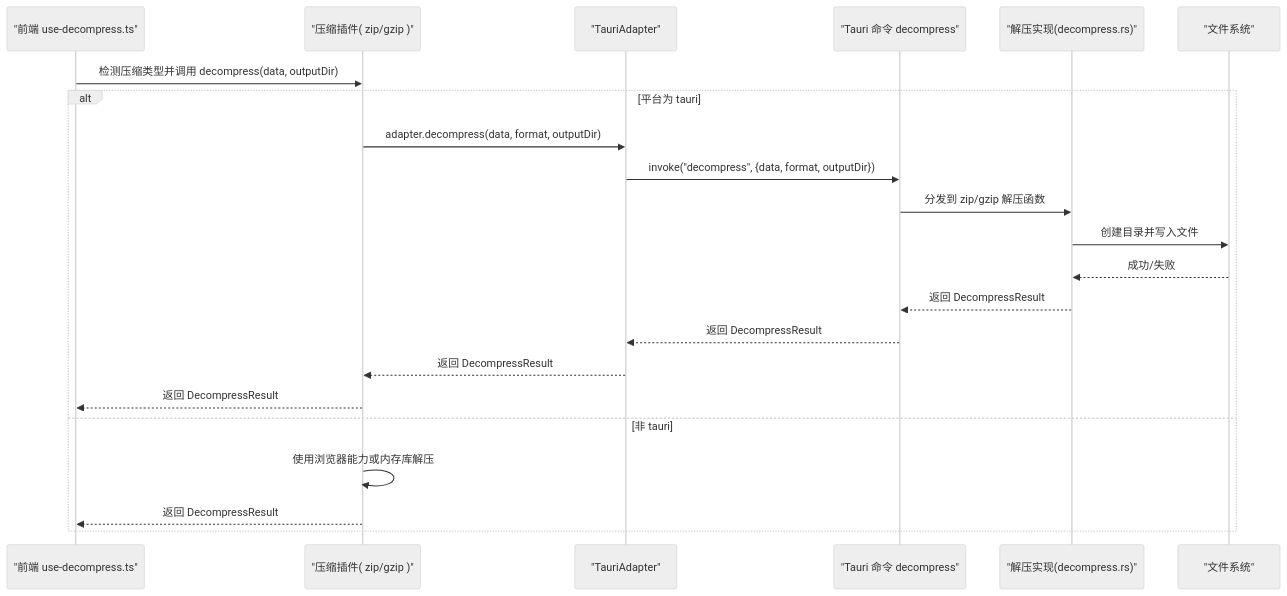
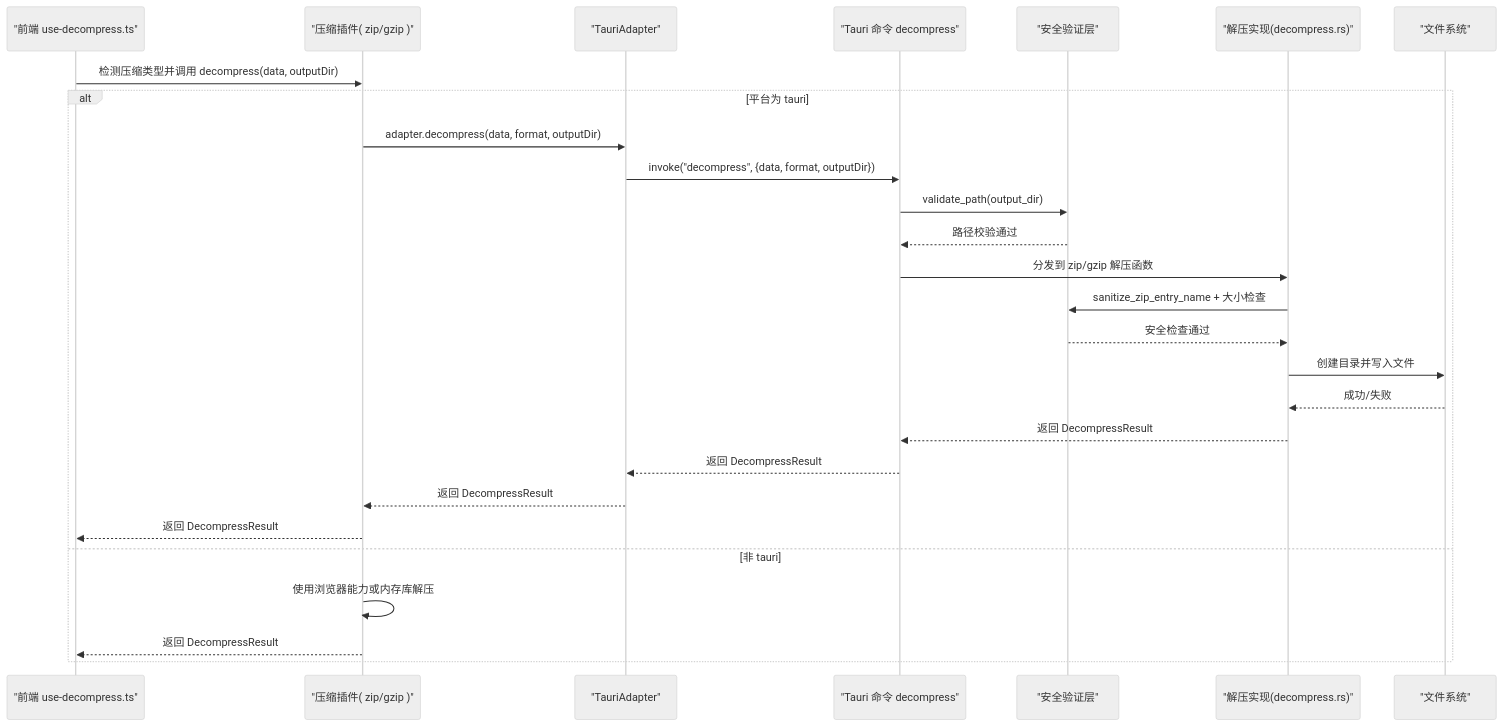
One commit to taoweidong/Hello-Tauri changed the second of 4 diagrams in .qoder/repowiki/zh/content/Tauri 后端/IPC 命令接口/解压处理命令.md. Above: the diagram before and after it, drawn with Mermaid (neutral theme). The commit also changed other lines of this file and 32 other files, not shown here.

````diff
--- a/.qoder/repowiki/zh/content/Tauri 后端/IPC 命令接口/解压处理命令.md
+++ b/.qoder/repowiki/zh/content/Tauri 后端/IPC 命令接口/解压处理命令.md
@@ -90,24 +102,29 @@
 ```mermaid
 sequenceDiagram
 participant FE as "前端 use-decompress.ts"
 participant PL as "压缩插件( zip/gzip )"
 participant AD as "TauriAdapter"
 participant CMD as "Tauri 命令 decompress"
+participant SEC as "安全验证层"
 participant DEC as "解压实现(decompress.rs)"
 participant FS as "文件系统"
 FE->>PL : 检测压缩类型并调用 decompress(data, outputDir)
 alt 平台为 tauri
 PL->>AD : adapter.decompress(data, format, outputDir)
 AD->>CMD : invoke("decompress", {data, format, outputDir})
+CMD->>SEC : validate_path(output_dir)
+SEC-->>CMD : 路径校验通过
 CMD->>DEC : 分发到 zip/gzip 解压函数
+DEC->>SEC : sanitize_zip_entry_name + 大小检查
+SEC-->>DEC : 安全检查通过
 DEC->>FS : 创建目录并写入文件
 FS-->>DEC : 成功/失败
 DEC-->>CMD : 返回 DecompressResult
 CMD-->>AD : 返回 DecompressResult
 AD-->>PL : 返回 DecompressResult
 PL-->>FE : 返回 DecompressResult
 else 非 tauri
 PL->>PL : 使用浏览器能力或内存库解压
 PL-->>FE : 返回 DecompressResult
 end
 ```
````
